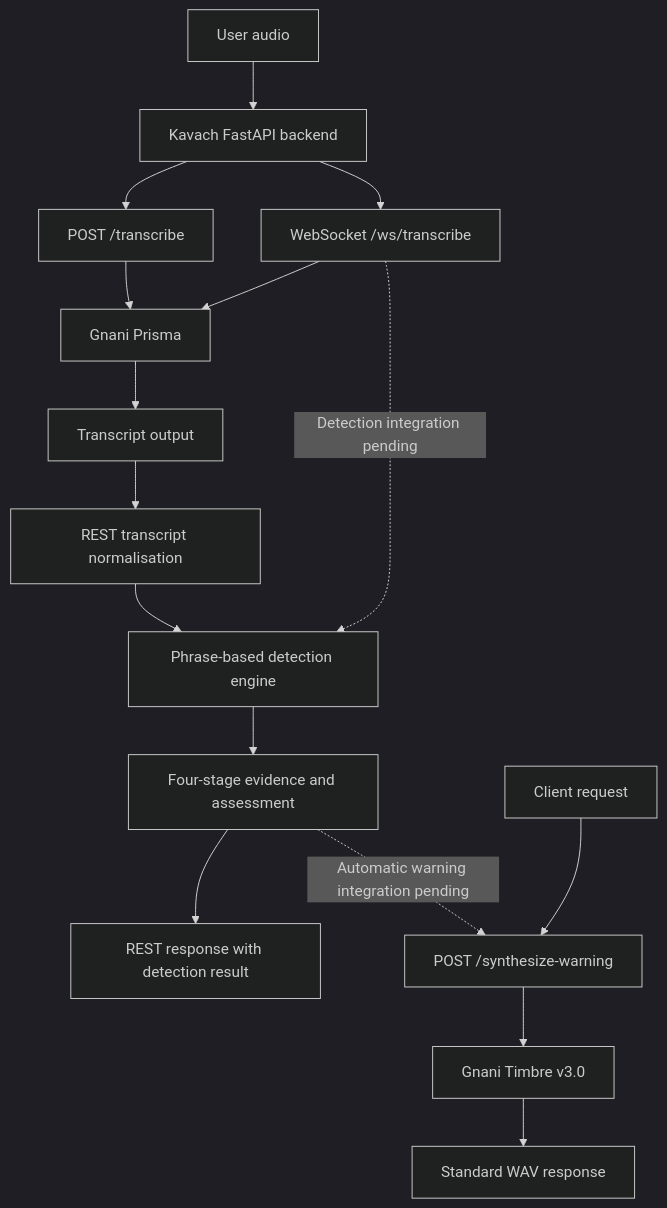
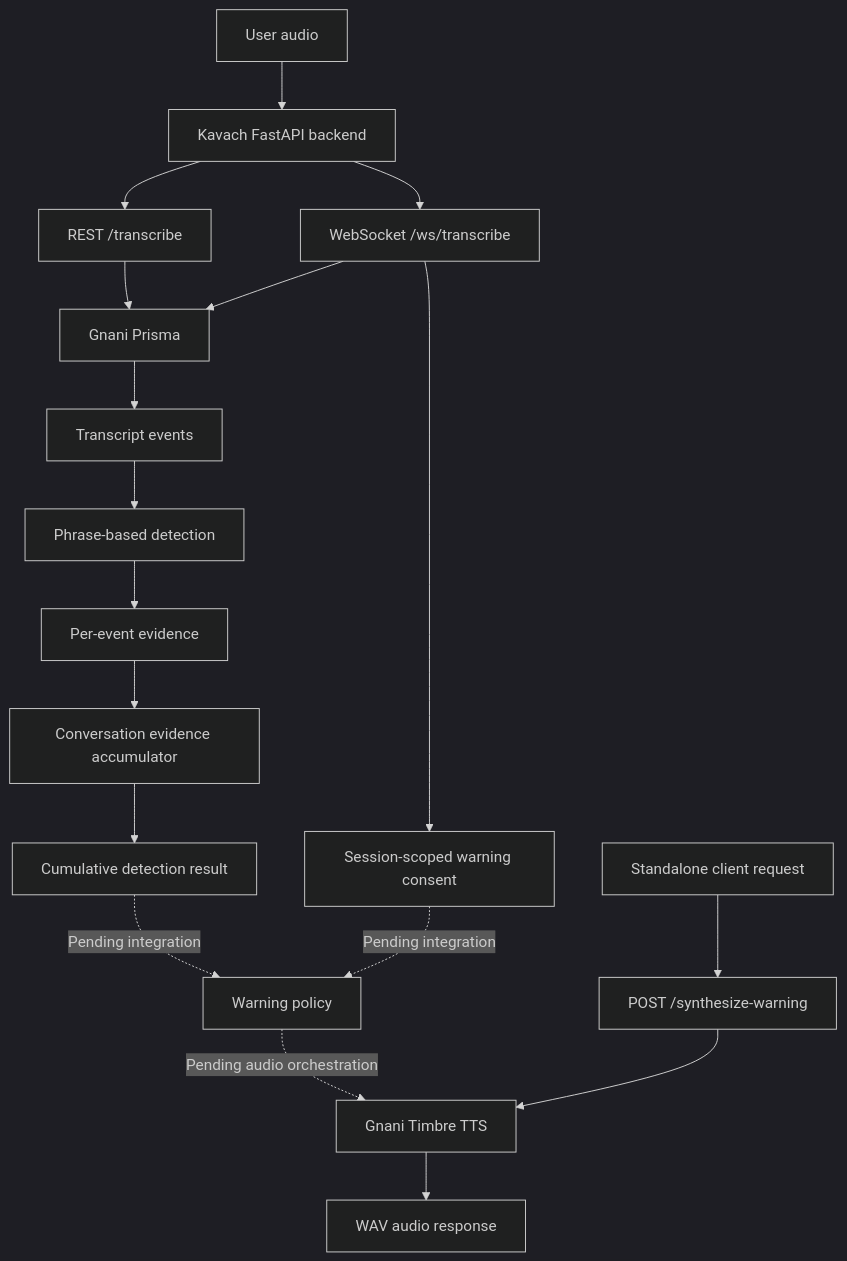
The diagram in ARCHITECTURE.md (SURAJ-PRATAP07/Kavach_), drawn with Mermaid (dark theme) before and after one commit. The commit also changed other lines of this file and 6 other files, not shown here.

Commit message:
feat: add session-scoped warning consent protocol

````diff
--- a/ARCHITECTURE.md
+++ b/ARCHITECTURE.md
@@ -34,25 +34,23 @@
 ```mermaid
 flowchart TD
     A[User audio] --> B[Kavach FastAPI backend]
-
-    B --> C[POST /transcribe]
+    B --> C[REST /transcribe]
     B --> D[WebSocket /ws/transcribe]
-
     C --> E[Gnani Prisma]
     D --> E
+    E --> F[Transcript events]
 
-    E --> F[Transcript output]
+    F --> G[Phrase-based detection]
+    G --> H[Per-event evidence]
+    H --> I[Conversation evidence accumulator]
+    I --> J[Cumulative detection result]
 
-    F --> G[REST transcript normalisation]
-    G --> H[Phrase-based detection engine]
-    H --> I[Four-stage evidence and assessment]
-    I --> J[REST response with detection result]
+    D --> K[Session-scoped warning consent]
+    J -. Pending integration .-> L[Warning policy]
+    K -. Pending integration .-> L
+    L -. Pending audio orchestration .-> M[Gnani Timbre TTS]
+    M --> N[WAV audio response]
 
-    D -. Detection integration pending .-> H
-
-    K[Client request] --> L[POST /synthesize-warning]
-    L --> M[Gnani Timbre v3.0]
-    M --> N[Standard WAV response]
-
-    I -. Automatic warning integration pending .-> L
+    O[Standalone client request] --> P[POST /synthesize-warning]
+    P --> M
 ```
````
